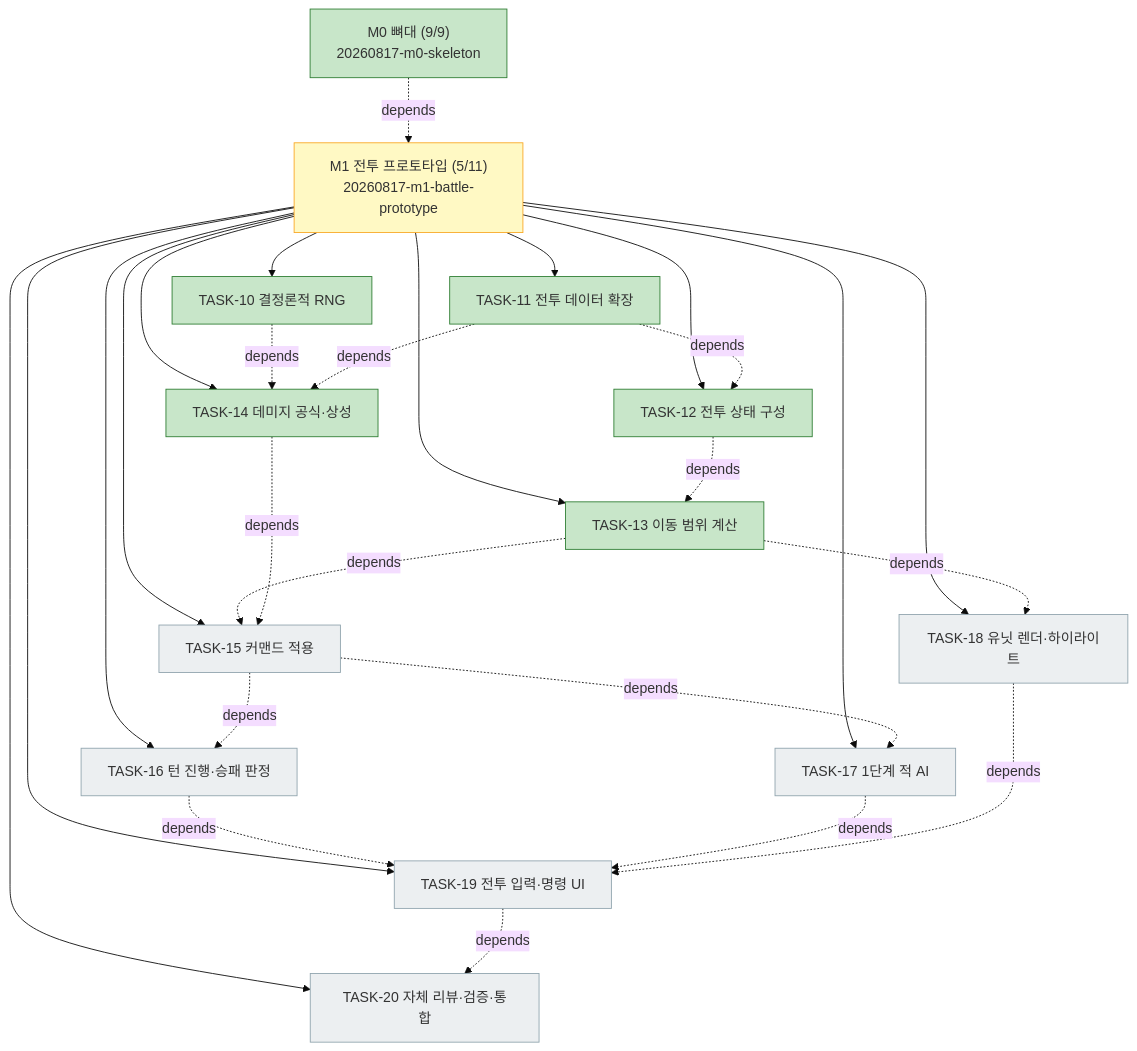
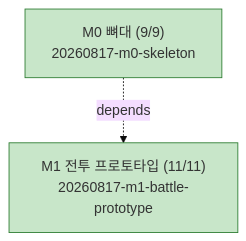
Before and after one commit to bluesky5008/HERO: the diagram in docs/plan.md, drawn with Mermaid (base theme). The commit also changed other lines of this file and 2 other files, not shown here.

````diff
--- a/docs/plan.md
+++ b/docs/plan.md
@@ -64,34 +56,10 @@
 ```mermaid
 flowchart TD
     M0["M0 뼈대 (9/9)<br/>20260817-m0-skeleton"]:::done
-    M1["M1 전투 프로토타입 (5/11)<br/>20260817-m1-battle-prototype"]:::active
+    M1["M1 전투 프로토타입 (11/11)<br/>20260817-m1-battle-prototype"]:::done
     M0 -. depends .-> M1
-    M1 --> T10["TASK-10 결정론적 RNG"]:::done
-    M1 --> T11["TASK-11 전투 데이터 확장"]:::done
-    M1 --> T12["TASK-12 전투 상태 구성"]:::done
-    M1 --> T13["TASK-13 이동 범위 계산"]:::done
-    M1 --> T14["TASK-14 데미지 공식·상성"]:::done
-    M1 --> T15["TASK-15 커맨드 적용"]:::todo
-    M1 --> T16["TASK-16 턴 진행·승패 판정"]:::todo
-    M1 --> T17["TASK-17 1단계 적 AI"]:::todo
-    M1 --> T18["TASK-18 유닛 렌더·하이라이트"]:::todo
-    M1 --> T19["TASK-19 전투 입력·명령 UI"]:::todo
-    M1 --> T20["TASK-20 자체 리뷰·검증·통합"]:::todo
-    T11 -. depends .-> T12
-    T12 -. depends .-> T13
-    T10 -. depends .-> T14
-    T11 -. depends .-> T14
-    T13 -. depends .-> T15
-    T14 -. depends .-> T15
-    T15 -. depends .-> T16
-    T15 -. depends .-> T17
-    T13 -. depends .-> T18
-    T16 -. depends .-> T19
-    T17 -. depends .-> T19
-    T18 -. depends .-> T19
-    T19 -. depends .-> T20
     classDef done fill:#c8e6c9,stroke:#2e7d32
     classDef active fill:#fff9c4,stroke:#f9a825
     classDef todo fill:#eceff1,stroke:#90a4ae
     classDef gate fill:#ffcdd2,stroke:#c62828
 ```
````
